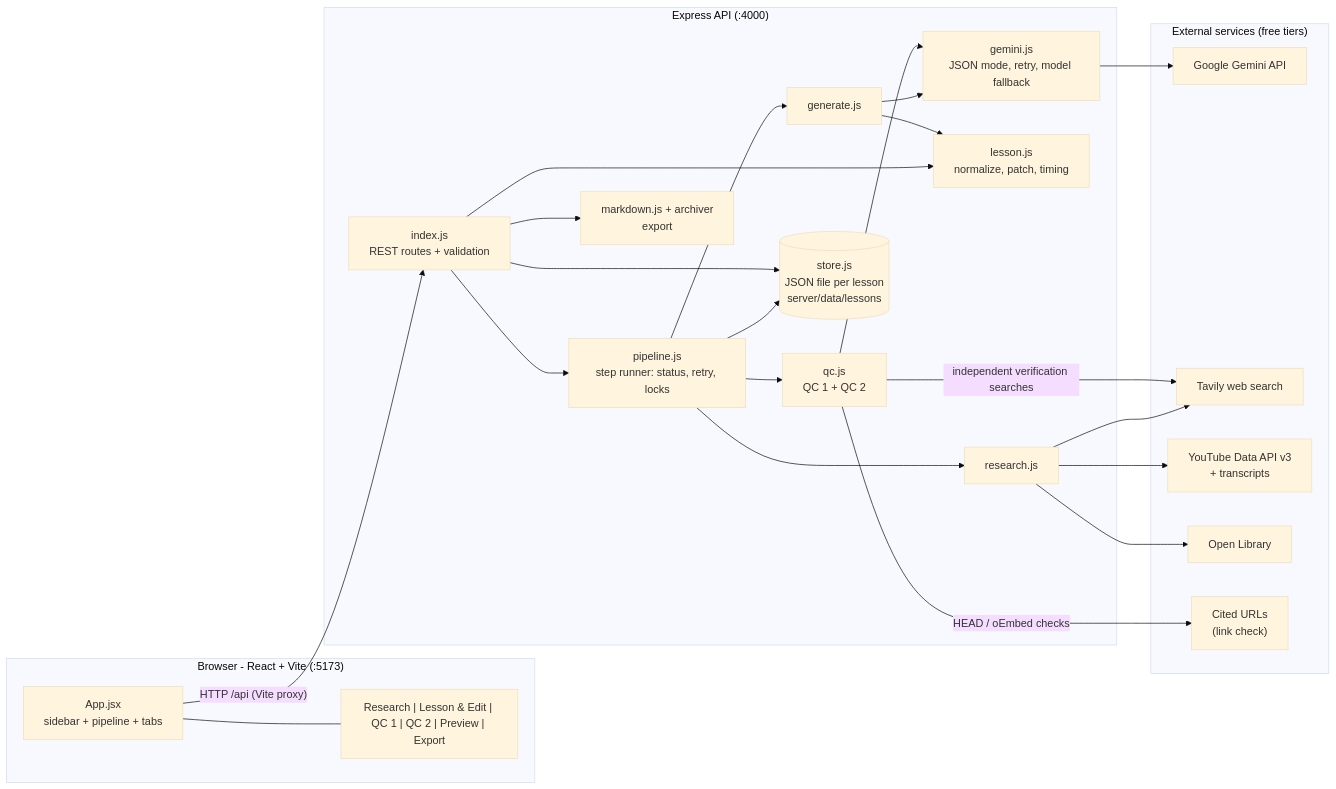
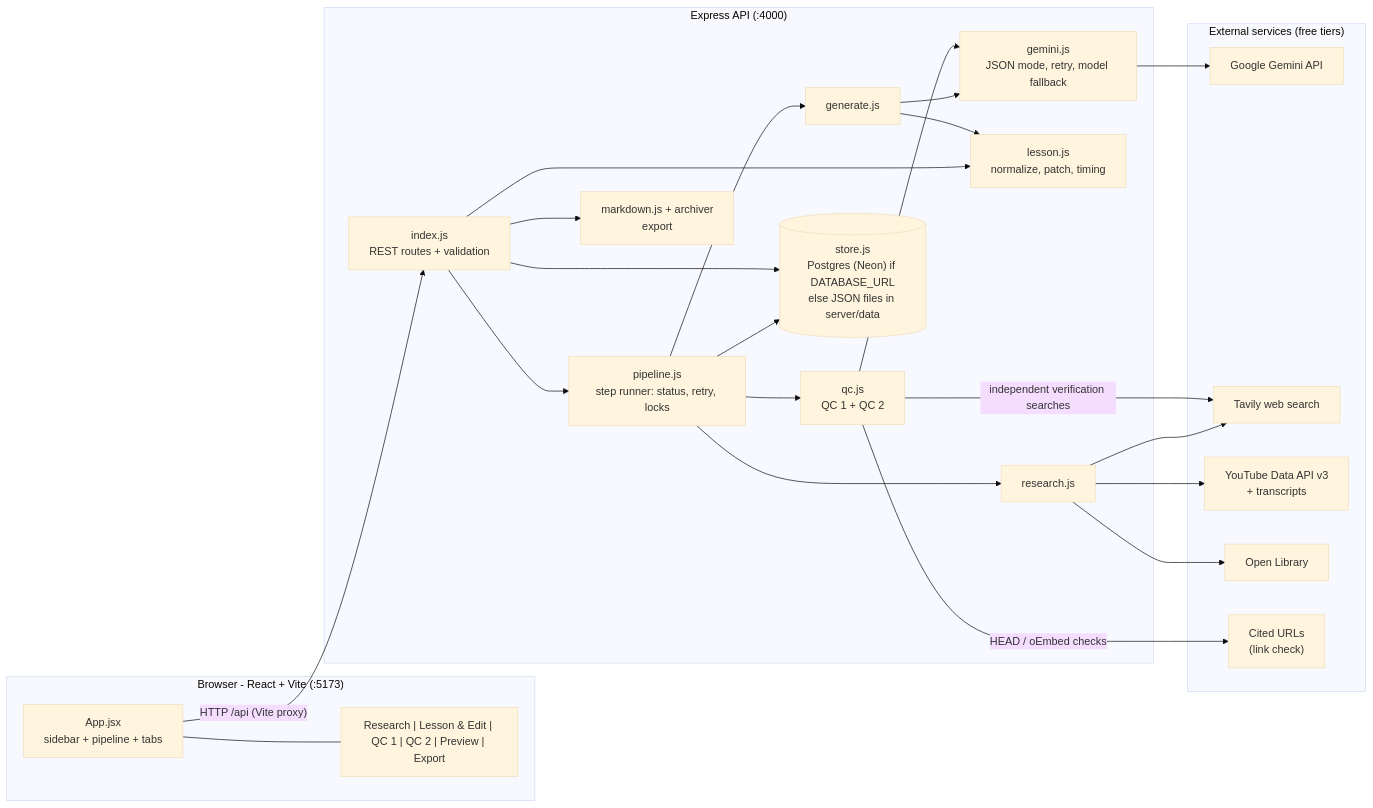
One commit to squidchemistry/LessonForge changed the first of 2 diagrams in README.md. Above: the diagram before and after it, drawn with Mermaid (base theme). The commit also changed other lines of this file and 6 other files, not shown here.

First line of the commit message:
Add PostgreSQL (Neon) storage backend with JSON-file fallback

````diff
--- a/README.md
+++ b/README.md
@@ -65,47 +80,47 @@
 ```mermaid
 flowchart LR
   subgraph Browser["Browser - React + Vite (:5173)"]
     UI["App.jsx<br/>sidebar + pipeline + tabs"]
     TABS["Research | Lesson & Edit | QC 1 | QC 2 | Preview | Export"]
     UI --- TABS
   end
 
   subgraph API["Express API (:4000)"]
     ROUTES["index.js<br/>REST routes + validation"]
     PIPE["pipeline.js<br/>step runner: status, retry, locks"]
     RES["research.js"]
     GEN["generate.js"]
     QC["qc.js<br/>QC 1 + QC 2"]
     LES["lesson.js<br/>normalize, patch, timing"]
     MD["markdown.js + archiver<br/>export"]
     LLM["gemini.js<br/>JSON mode, retry, model fallback"]
-    STORE[("store.js<br/>JSON file per lesson<br/>server/data/lessons")]
+    STORE[("store.js<br/>Postgres (Neon) if DATABASE_URL<br/>else JSON files in server/data")]
     ROUTES --> PIPE
     ROUTES --> LES
     ROUTES --> MD
     PIPE --> RES
     PIPE --> GEN
     PIPE --> QC
     GEN --> LLM
     QC --> LLM
     GEN --> LES
     PIPE --> STORE
     ROUTES --> STORE
   end
 
   subgraph External["External services (free tiers)"]
     GEMINI["Google Gemini API"]
     TAVILY["Tavily web search"]
     YT["YouTube Data API v3<br/>+ transcripts"]
     OL["Open Library"]
     WEB["Cited URLs<br/>(link check)"]
   end
 
   UI -- "HTTP /api (Vite proxy)" --> ROUTES
   RES --> TAVILY
   RES --> YT
   RES --> OL
   LLM --> GEMINI
   QC -- "independent verification searches" --> TAVILY
   QC -- "HEAD / oEmbed checks" --> WEB
 ```
````
